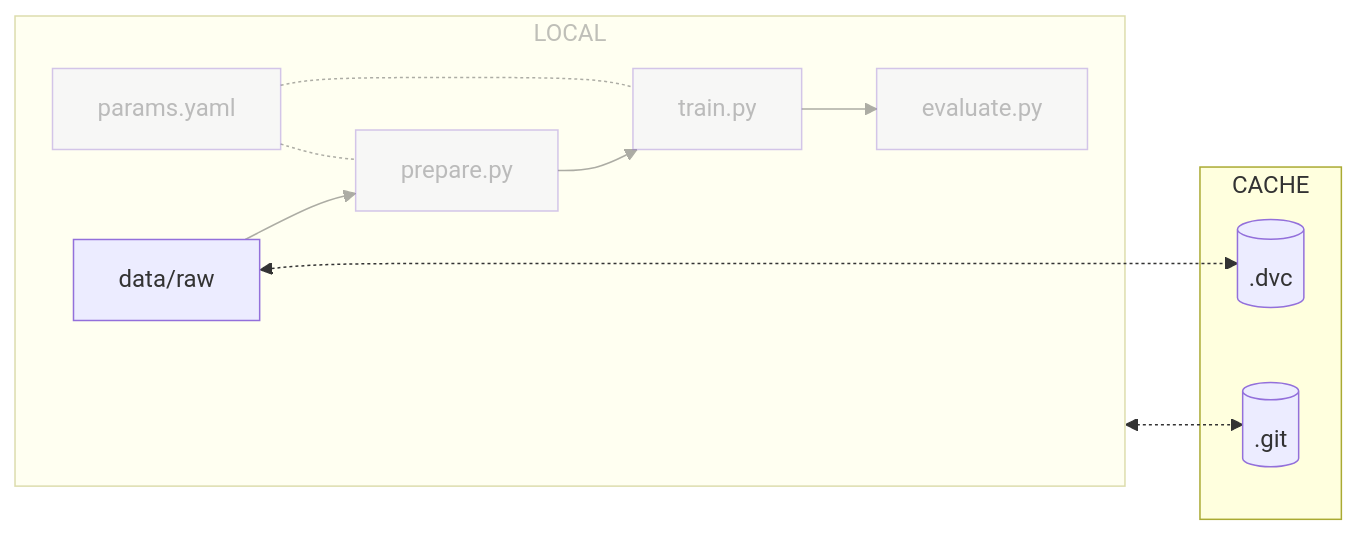
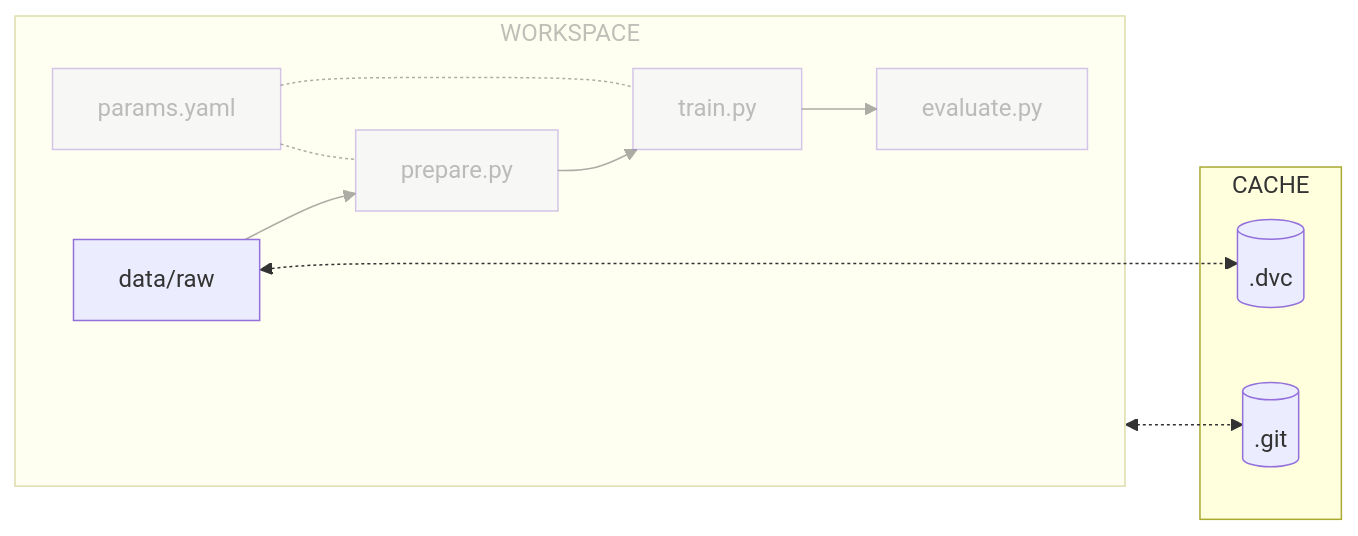
The diagram in docs/part-1-local-training-and-model-evaluation/chapter-3-initialize-git-and-dvc-for-local-training/index.md (swiss-ai-center/a-guide-to-mlops), drawn with Mermaid before and after one commit. The commit also changed 19 other files, not shown here.

````diff
--- a/docs/part-1-local-training-and-model-evaluation/chapter-3-initialize-git-and-dvc-for-local-training/index.md
+++ b/docs/part-1-local-training-and-model-evaluation/chapter-3-initialize-git-and-dvc-for-local-training/index.md
@@ -42,28 +42,28 @@
 ```mermaid
 flowchart LR
     dot_dvc[(.dvc)]
     dot_git[(.git)]
     data[data/raw] <-.-> dot_dvc
-    localGraph <-....-> dot_git
+    workspaceGraph <-....-> dot_git
     subgraph cacheGraph[CACHE]
         dot_dvc
         dot_git
     end
-    subgraph localGraph[LOCAL]
+    subgraph workspaceGraph[WORKSPACE]
         data --> prepare
         prepare[prepare.py] --> train
         train[train.py] --> evaluate[evaluate.py]
         params[params.yaml] -.- prepare
         params -.- train
     end
-    style localGraph opacity:0.4,color:#7f7f7f80
+    style workspaceGraph opacity:0.4,color:#7f7f7f80
     style prepare opacity:0.4,color:#7f7f7f80
     style train opacity:0.4,color:#7f7f7f80
     style evaluate opacity:0.4,color:#7f7f7f80
     style params opacity:0.4,color:#7f7f7f80
     linkStyle 2 opacity:0.4,color:#7f7f7f80
     linkStyle 3 opacity:0.4,color:#7f7f7f80
     linkStyle 4 opacity:0.4,color:#7f7f7f80
     linkStyle 5 opacity:0.4,color:#7f7f7f80
     linkStyle 6 opacity:0.4,color:#7f7f7f80
 ```
````
